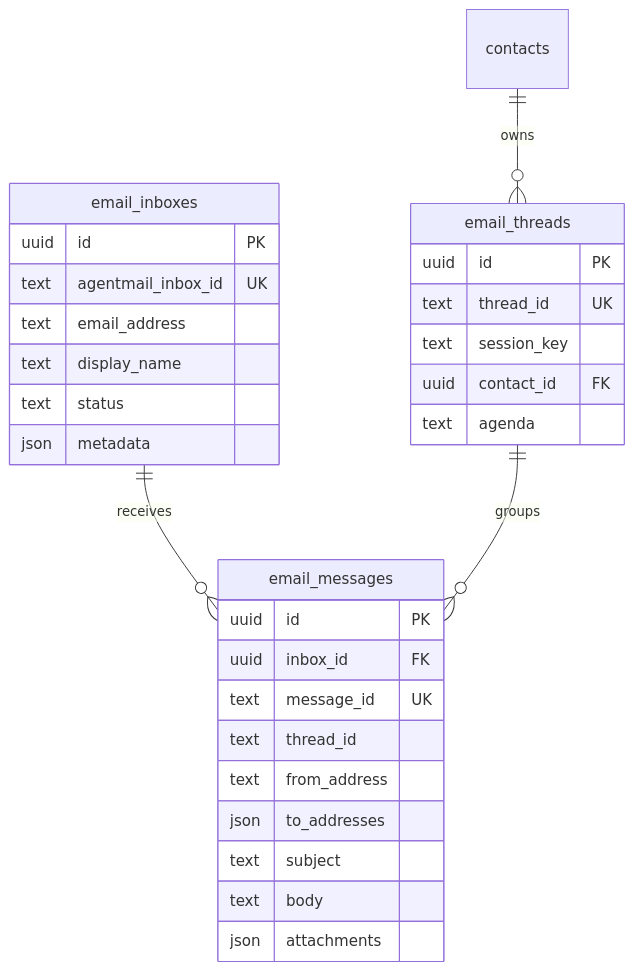
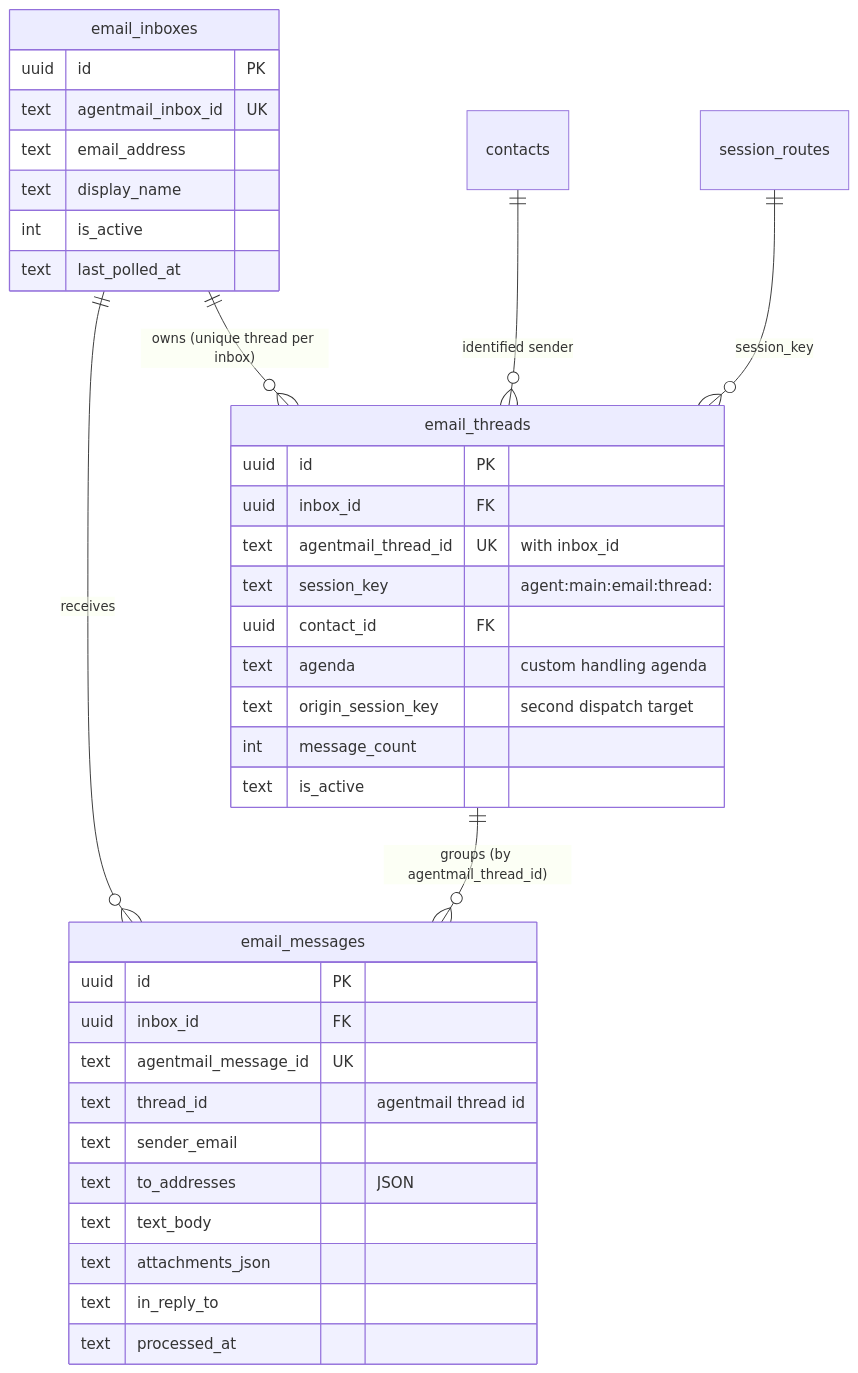
Before and after one commit to mike-crabcat/bob: the sixth of 10 diagrams in docs/datamodel.md, drawn with Mermaid. The commit also changed other lines of this file and 8 other files, not shown here.

````diff
--- a/docs/datamodel.md
+++ b/docs/datamodel.md
@@ -180,33 +363,40 @@
 ```mermaid
 erDiagram
     email_inboxes ||--o{ email_messages : "receives"
-    email_threads ||--o{ email_messages : "groups"
-    contacts ||--o{ email_threads : "owns"
+    email_inboxes ||--o{ email_threads : "owns (unique thread per inbox)"
+    email_threads ||--o{ email_messages : "groups (by agentmail_thread_id)"
+    contacts ||--o{ email_threads : "identified sender"
+    session_routes ||--o{ email_threads : "session_key"
 
     email_inboxes {
         uuid id PK
         text agentmail_inbox_id UK
         text email_address
         text display_name
-        text status
-        json metadata
+        int is_active
+        text last_polled_at
     }
     email_messages {
         uuid id PK
         uuid inbox_id FK
-        text message_id UK
-        text thread_id
-        text from_address
-        json to_addresses
-        text subject
-        text body
-        json attachments
+        text agentmail_message_id UK
+        text thread_id "agentmail thread id"
+        text sender_email
+        text to_addresses "JSON"
+        text text_body
+        text attachments_json
+        text in_reply_to
+        text processed_at
     }
     email_threads {
         uuid id PK
-        text thread_id UK
-        text session_key
+        uuid inbox_id FK
+        text agentmail_thread_id UK "with inbox_id"
+        text session_key "agent:main:email:thread:<id>"
         uuid contact_id FK
-        text agenda
+        text agenda "custom handling agenda"
+        text origin_session_key "second dispatch target"
+        int message_count
+        text is_active
     }
 ```
````
